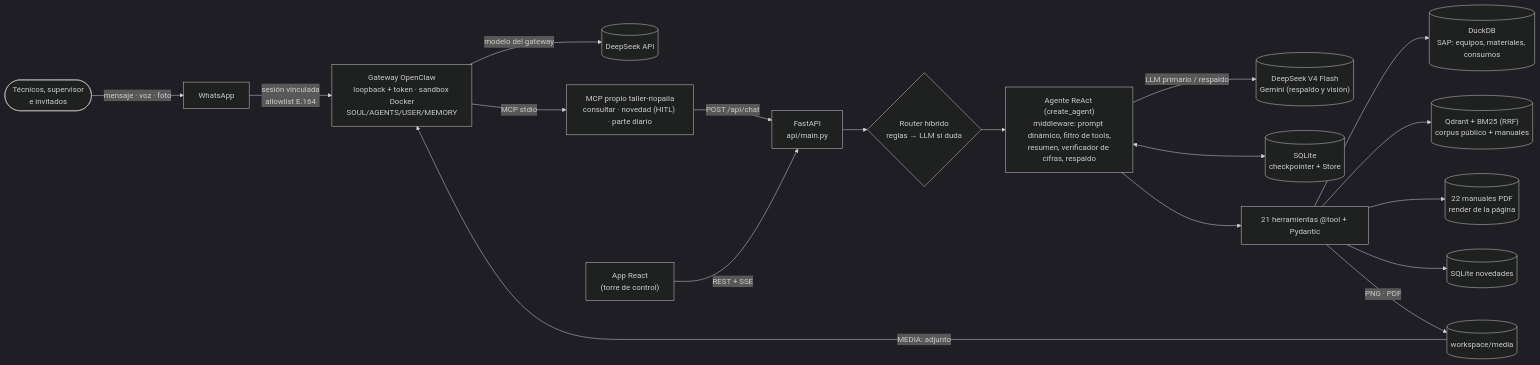
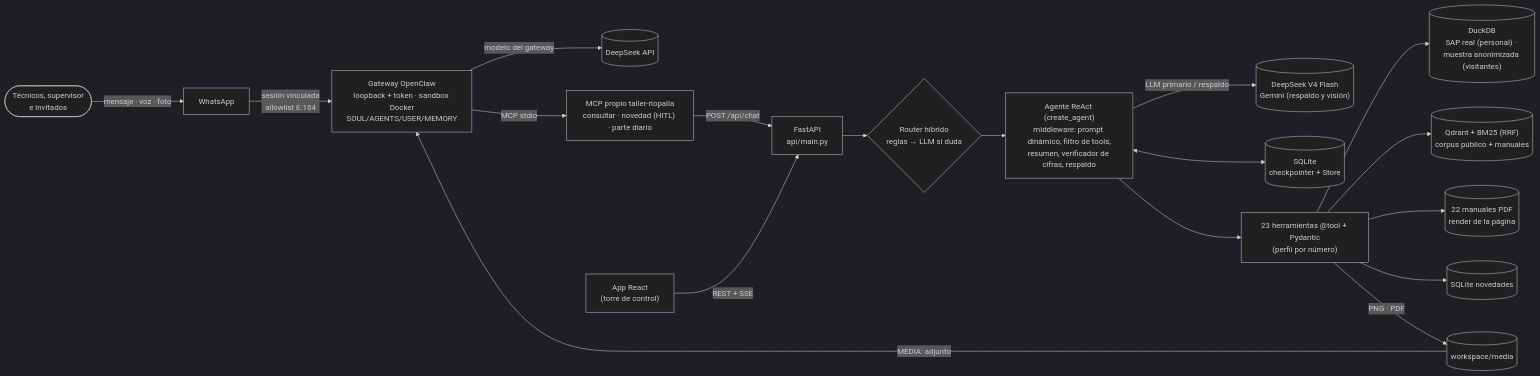
Before and after one commit to JORGE-RIVAS19/riopaila-castilla-qa: the first of 4 diagrams in README.md, drawn with Mermaid (dark theme). The commit also changed other lines of this file and 8 other files, not shown here.

````diff
--- a/README.md
+++ b/README.md
@@ -52,20 +52,20 @@
 ```mermaid
 flowchart LR
   U([Técnicos, supervisor<br/>e invitados]) -- "mensaje · voz · foto" --> WA[WhatsApp]
   WA -- "sesión vinculada<br/>allowlist E.164" --> OC["Gateway OpenClaw<br/>loopback + token · sandbox Docker<br/>SOUL/AGENTS/USER/MEMORY"]
   OC -- "modelo del gateway" --> DS1[("DeepSeek API")]
   OC -- "MCP stdio" --> MCP["MCP propio taller-riopaila<br/>consultar · novedad (HITL) · parte diario"]
   MCP -- "POST /api/chat" --> API["FastAPI<br/>api/main.py"]
   WEB["App React<br/>(torre de control)"] -- "REST + SSE" --> API
   API --> R{"Router híbrido<br/>reglas → LLM si duda"}
   R --> AG["Agente ReAct (create_agent)<br/>middleware: prompt dinámico, filtro de tools,<br/>resumen, verificador de cifras, respaldo"]
   AG -- "LLM primario / respaldo" --> LLM[("DeepSeek V4 Flash<br/>Gemini (respaldo y visión)")]
   AG <--> MEM[("SQLite<br/>checkpointer + Store")]
-  AG --> T["21 herramientas @tool + Pydantic"]
-  T --> DUCK[("DuckDB<br/>SAP: equipos, materiales, consumos")]
+  AG --> T["23 herramientas @tool + Pydantic<br/>(perfil por número)"]
+  T --> DUCK[("DuckDB<br/>SAP real (personal) · muestra anonimizada (visitantes)")]
   T --> Q[("Qdrant + BM25 (RRF)<br/>corpus público + manuales")]
   T --> PDF[("22 manuales PDF<br/>render de la página")]
   T --> NOV[("SQLite novedades")]
   T -- "PNG · PDF" --> MED[("workspace/media")]
   MED -- "MEDIA: adjunto" --> OC
 ```
````
